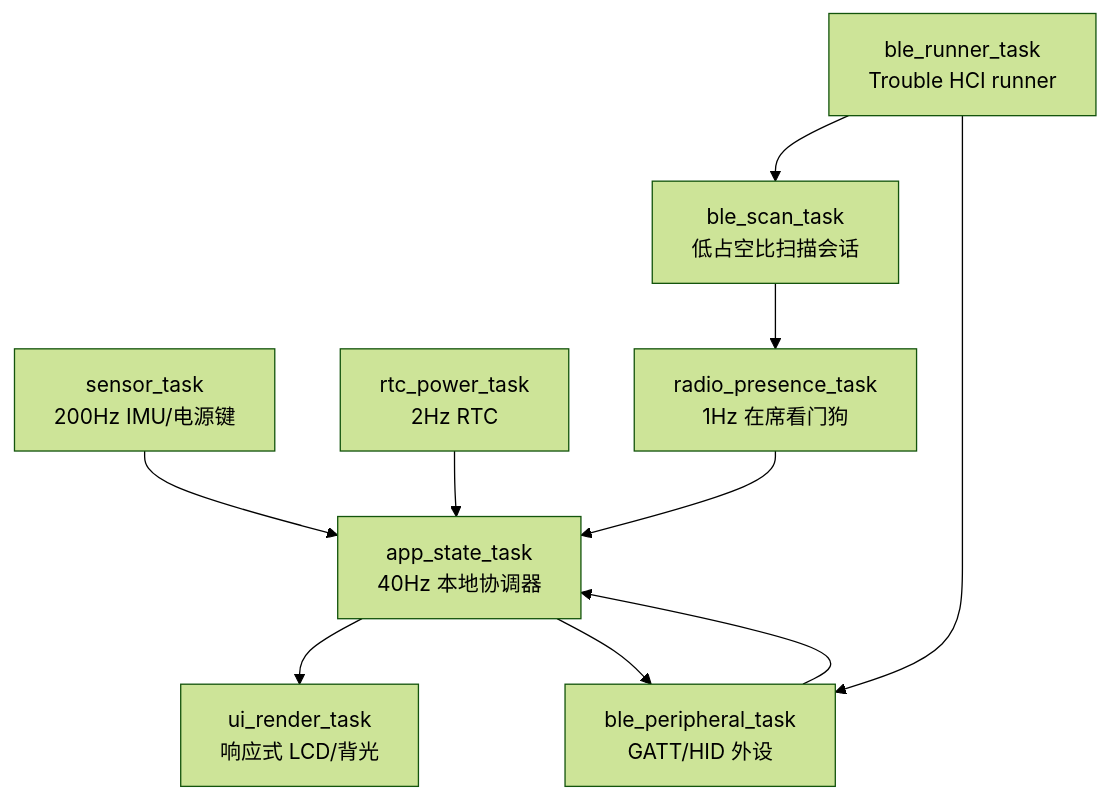
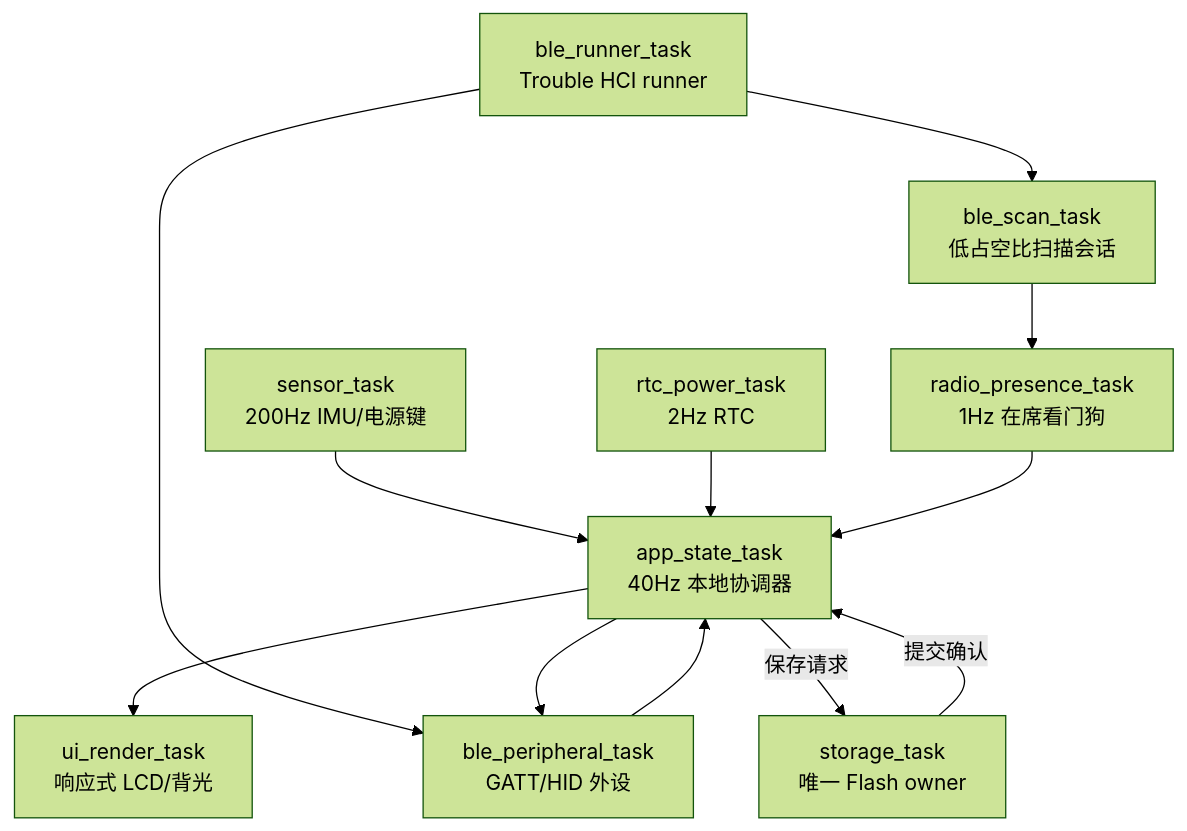
Before and after one commit to onenewcode/digivice: the diagram in docs/architecture/06-concurrency-and-storage.md, drawn with Mermaid (forest theme). The commit also changed other lines of this file and 179 other files, not shown here.

````diff
--- a/docs/architecture/06-concurrency-and-storage.md
+++ b/docs/architecture/06-concurrency-and-storage.md
@@ -9,21 +8,24 @@
 ```mermaid
 flowchart TD
     BLE_RUNNER["ble_runner_task\nTrouble HCI runner"]
     BLE_SCAN["ble_scan_task\n低占空比扫描会话"]
     BLE_PERIPH["ble_peripheral_task\nGATT/HID 外设"]
     SENSOR["sensor_task\n200Hz IMU/电源键"]
     RTC["rtc_power_task\n2Hz RTC"]
     APP["app_state_task\n40Hz 本地协调器"]
     RADIO["radio_presence_task\n1Hz 在席看门狗"]
     UI["ui_render_task\n响应式 LCD/背光"]
+    STORAGE["storage_task\n唯一 Flash owner"]
 
     BLE_RUNNER --> BLE_SCAN
     BLE_RUNNER --> BLE_PERIPH
     BLE_PERIPH --> APP
     BLE_SCAN --> RADIO
     SENSOR --> APP
     RTC --> APP
     RADIO --> APP
     APP --> UI
     APP --> BLE_PERIPH
+    APP -->|保存请求| STORAGE
+    STORAGE -->|提交确认| APP
 ```
````
